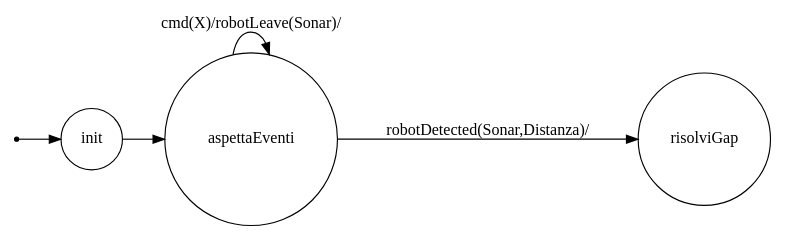
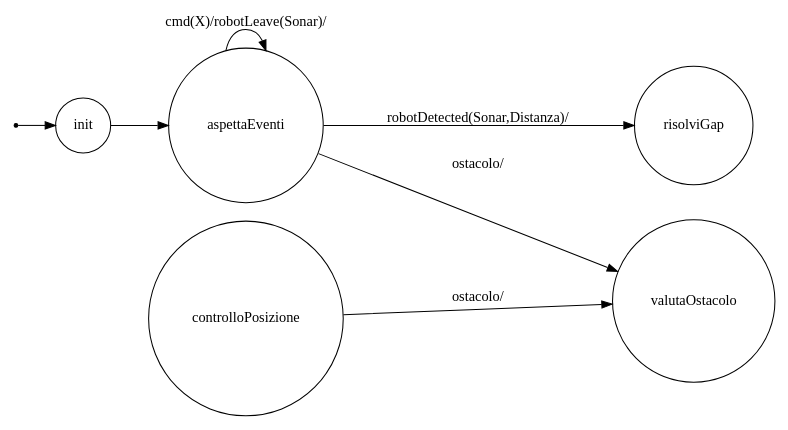
The diagram in Model4/srcMore/it/unibo/robotmind/dotFsm.gv (sabbio93/QRobotEvitaMuri), drawn with Graphviz before and after one commit. The commit also changed 41 other files, not shown here.

```diff
--- a/Model4/srcMore/it/unibo/robotmind/dotFsm.gv
+++ b/Model4/srcMore/it/unibo/robotmind/dotFsm.gv
@@ -1,23 +1,26 @@
 /*
 *
 * A GraphViz DOT FSM description 
 * Please use a GraphViz visualizer (like http://www.webgraphviz.com)
 * 
 * Generated by AM,NC,RM
 *  
 */
  
 digraph finite_state_machine {
   	rankdir=LR;
   	size="8,5"
   	node [shape = point]; iniziale;
   	node [shape = doublecircle]; 
   	node [shape = circle];
   	iniziale -> init [label = ""];
   	
   	
   	init -> aspettaEventi [ label = ""];
   	
   	aspettaEventi -> aspettaEventi [ label = "cmd(X)/robotLeave(Sonar)/"];
   	aspettaEventi -> risolviGap [ label = "robotDetected(Sonar,Distanza)/"];
+  	aspettaEventi -> valutaOstacolo [ label = "ostacolo/"];
+  	
+  	controlloPosizione -> valutaOstacolo [ label = "ostacolo/"];
 }
```
